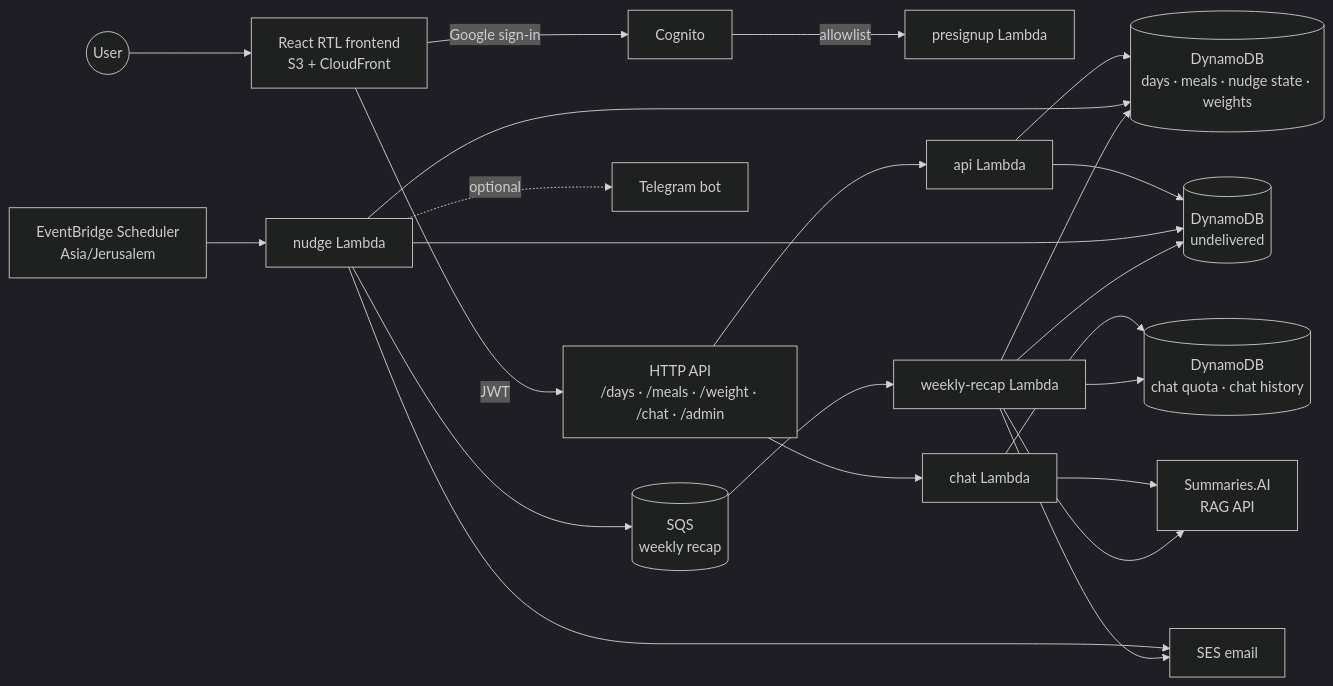
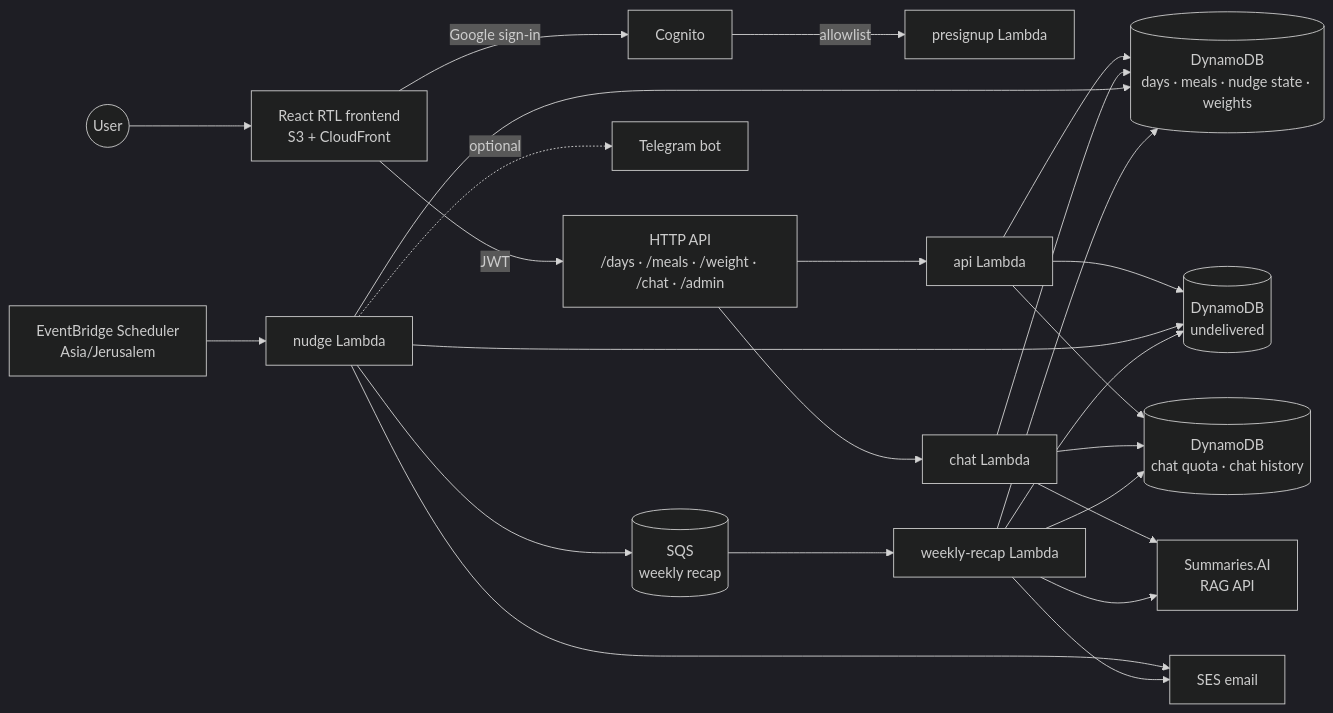
Before and after one commit to erancha/diet-tracker: the diagram in docs/architecture.md, drawn with Mermaid (dark theme). The commit also changed other lines of this file and 48 other files, not shown here.

````diff
--- a/docs/architecture.md
+++ b/docs/architecture.md
@@ -15,25 +15,27 @@
 ```mermaid
 graph LR
     U((User)) --> FE[React RTL frontend<br/>S3 + CloudFront]
     FE -->|Google sign-in| COG[Cognito]
     COG -->|allowlist| PRE[presignup Lambda]
     FE -->|JWT| API[HTTP API<br/>/days · /meals · /weight · /chat · /admin]
     API --> APIL[api Lambda]
     API --> CHATL[chat Lambda]
     APIL --> DB[(DynamoDB<br/>days · meals · nudge state · weights)]
     APIL --> UND[(DynamoDB<br/>undelivered)]
-    CHATL --> CDB[(DynamoDB<br/>chat quota · chat history)]
+    APIL --> CDB[(DynamoDB<br/>chat quota · chat history)]
+    CHATL --> CDB
+    CHATL --> DB
     CHATL --> RAG[Summaries.AI<br/>RAG API]
     SCH[EventBridge Scheduler<br/>Asia/Jerusalem] --> NUDGE[nudge Lambda]
     NUDGE --> DB
     NUDGE --> UND
     NUDGE --> SES[SES email]
     NUDGE -.optional.-> TG[Telegram bot]
     NUDGE --> Q[(SQS<br/>weekly recap)]
     Q --> RECAP[weekly-recap Lambda]
     RECAP --> DB
     RECAP --> CDB
     RECAP --> UND
     RECAP --> RAG
     RECAP --> SES
 ```
````
